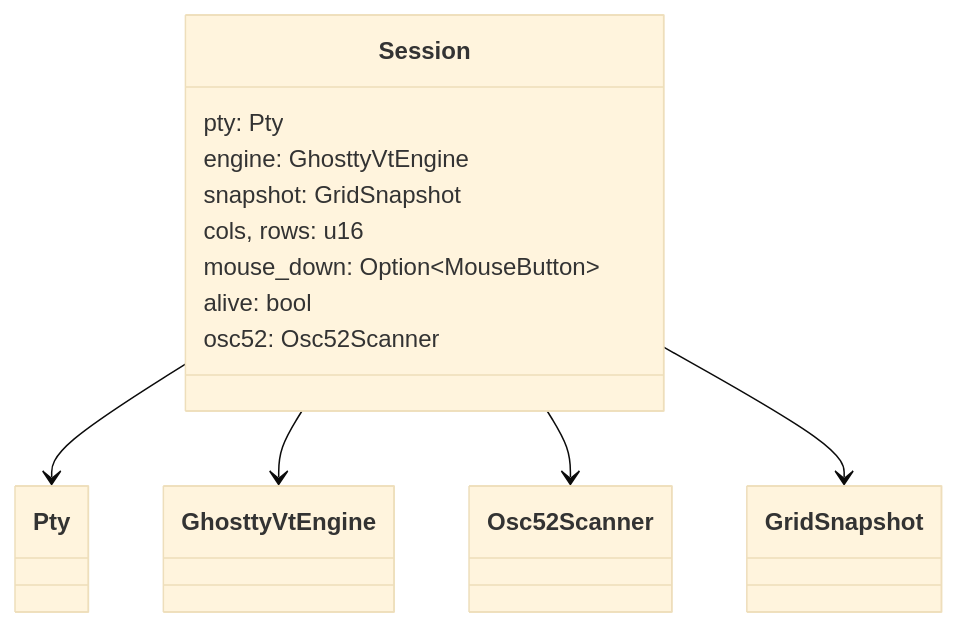
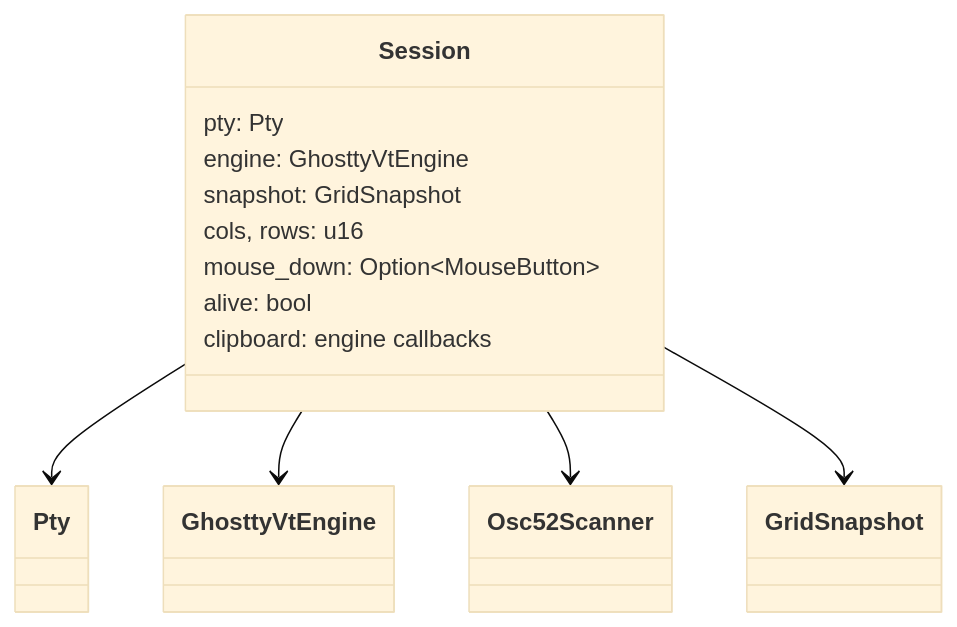
The first of 3 diagrams in docs/components/session.md (stvnksslr/geist), drawn with Mermaid (base theme) before and after one commit. The commit also changed other lines of this file and 23 other files, not shown here.

First line of the commit message:
feat(clipboard): kitty OSC 5522 + paste events; OSC 52 and pwd from the engine

````diff
--- a/docs/components/session.md
+++ b/docs/components/session.md
@@ -6,16 +6,16 @@
 ```mermaid
 classDiagram
     class Session {
         pty: Pty
         engine: GhosttyVtEngine
         snapshot: GridSnapshot
         cols, rows: u16
         mouse_down: Option~MouseButton~
         alive: bool
-        osc52: Osc52Scanner
+        clipboard: engine callbacks
     }
     Session --> Pty
     Session --> GhosttyVtEngine
     Session --> Osc52Scanner
     Session --> GridSnapshot
 ```
````
